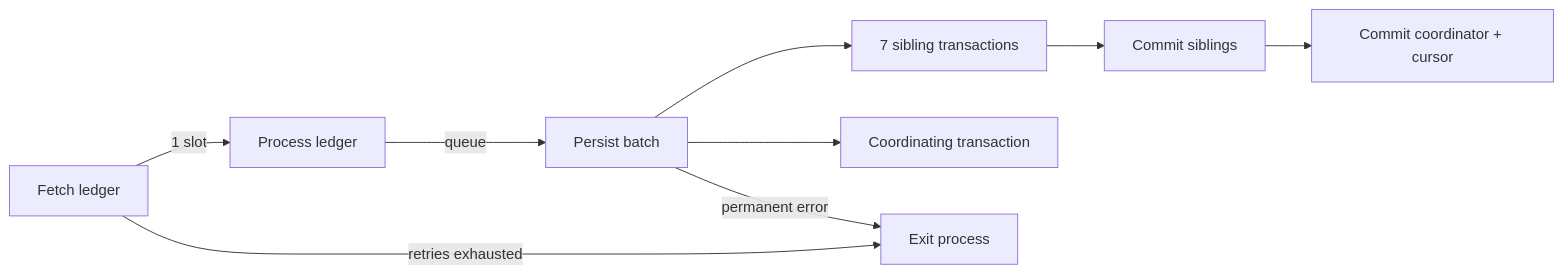
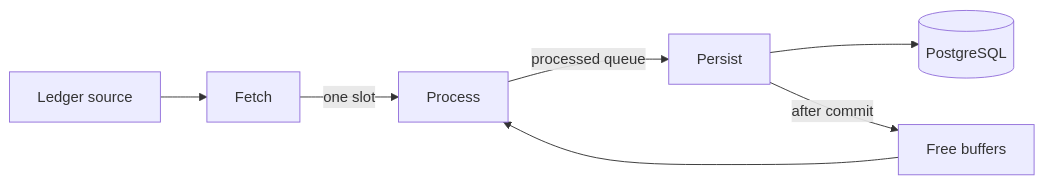
One commit to stellar/wallet-backend changed the first of 3 diagrams in docs/architecture/ingestion.md. Above: the diagram before and after it, drawn with Mermaid. The commit also changed other lines of this file and 3 other files, not shown here.

````diff
--- a/docs/architecture/ingestion.md
+++ b/docs/architecture/ingestion.md
@@ -42,11 +54,9 @@
 ```mermaid
 flowchart LR
-    F[Fetch ledger] -->|1 slot| P[Process ledger]
-    P -->|queue| S[Persist batch]
-    S --> SB[7 sibling transactions]
-    S --> CO[Coordinating transaction]
-    SB --> C1[Commit siblings]
-    C1 --> C2[Commit coordinator + cursor]
-    F -->|retries exhausted| X[Exit process]
-    S -->|permanent error| X
+    SRC[Ledger source] --> F[Fetch]
+    F -->|one slot| P[Process]
+    P -->|processed queue| S[Persist]
+    S --> DB[(PostgreSQL)]
+    FB[Free buffers] --> P
+    S -->|after commit| FB
 ```
````
